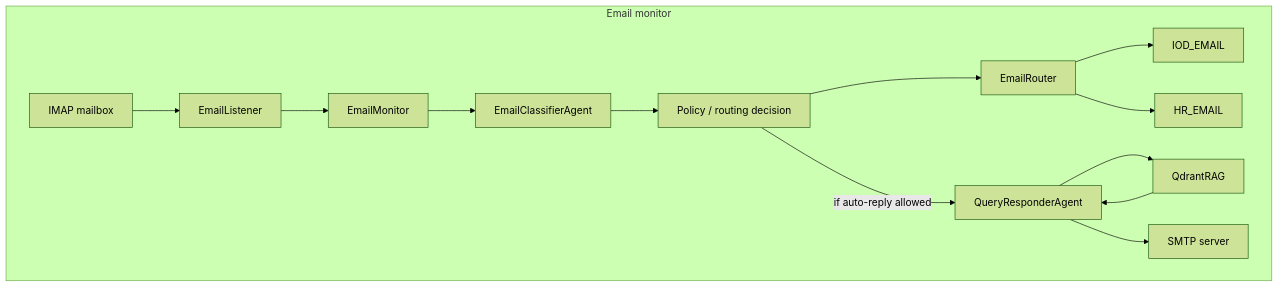
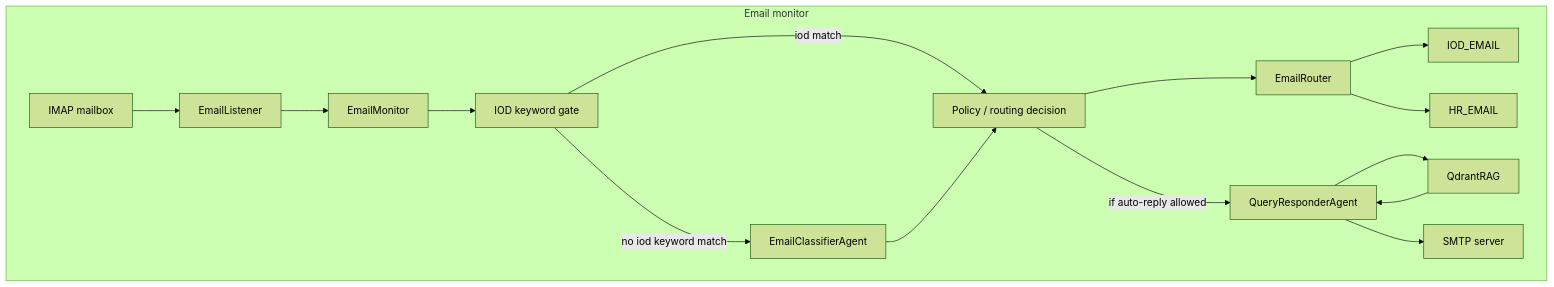
One commit to Adam-Palacz/hr-ai-agent-design changed the second of 2 diagrams in docs/ARCHITECTURE_EN.md. Above: the diagram before and after it, drawn with Mermaid (forest theme). The commit also changed 3 other files, not shown here.

````diff
--- a/docs/ARCHITECTURE_EN.md
+++ b/docs/ARCHITECTURE_EN.md
@@ -198,23 +198,26 @@
 ```mermaid
 flowchart TB
     subgraph Monitor[Email monitor]
         EMon[EmailMonitor]
         EListen[EmailListener]
+        KGate[IOD keyword gate]
         EClass[EmailClassifierAgent]
         Policy[Policy / routing decision]
         ERouter[EmailRouter]
         QR[QueryResponderAgent]
         RAG[QdrantRAG]
         Mail[IMAP mailbox] --> EListen
         EListen --> EMon
-        EMon --> EClass
+        EMon --> KGate
+        KGate -->|iod match| Policy
+        KGate -->|no iod keyword match| EClass
         EClass --> Policy
         Policy --> ERouter
         ERouter --> IODBox[IOD_EMAIL]
         ERouter --> HRBox[HR_EMAIL]
         Policy -->|if auto-reply allowed| QR
         QR --> RAG
         RAG --> QR
         QR --> MailOut[SMTP server]
     end
 ```
````
